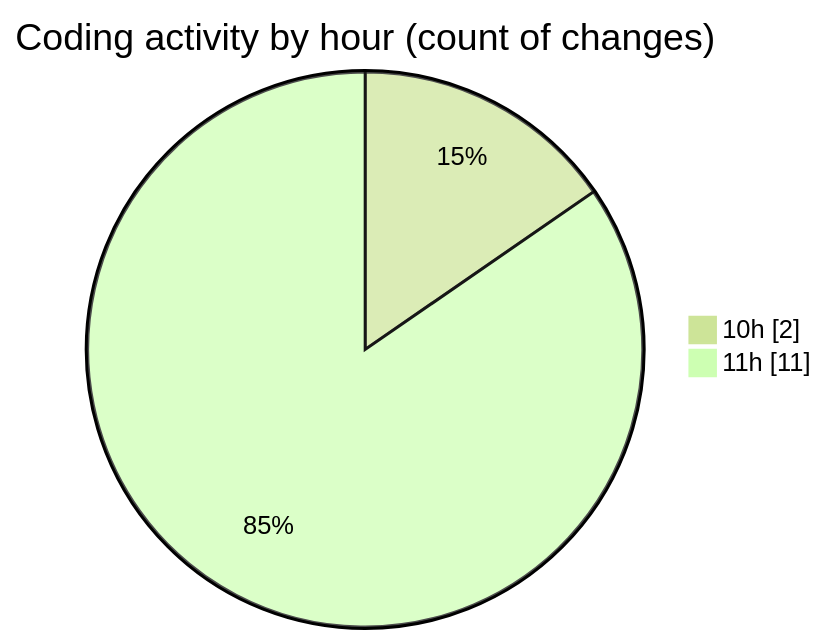
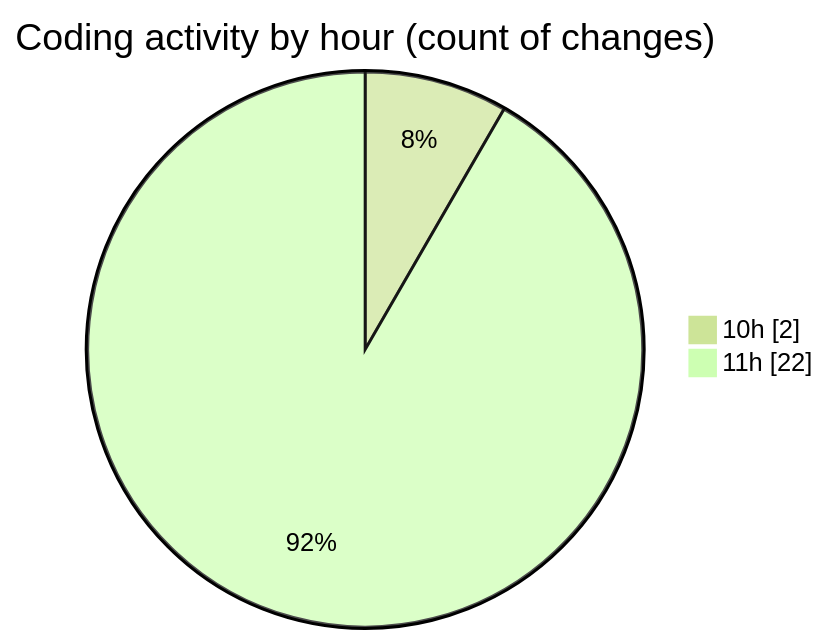
The second of 2 diagrams in 2025-05-13/argos-dev/README.md (nxtqubesakshisongat/code-tracking), drawn with Mermaid (forest theme) before and after one commit. The commit also changed other lines of this file and 1 other file, not shown here.

````diff
--- a/2025-05-13/argos-dev/README.md
+++ b/2025-05-13/argos-dev/README.md
@@ -30,6 +30,6 @@
 ```mermaid
 pie showData
 title Coding activity by hour (count of changes)
 "10h" : 2
-"11h" : 11
+"11h" : 22
 ```
````
